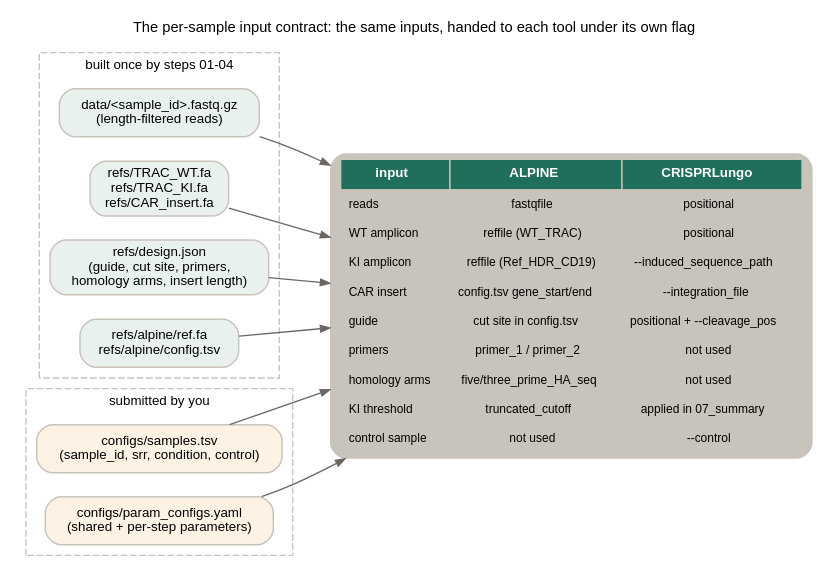
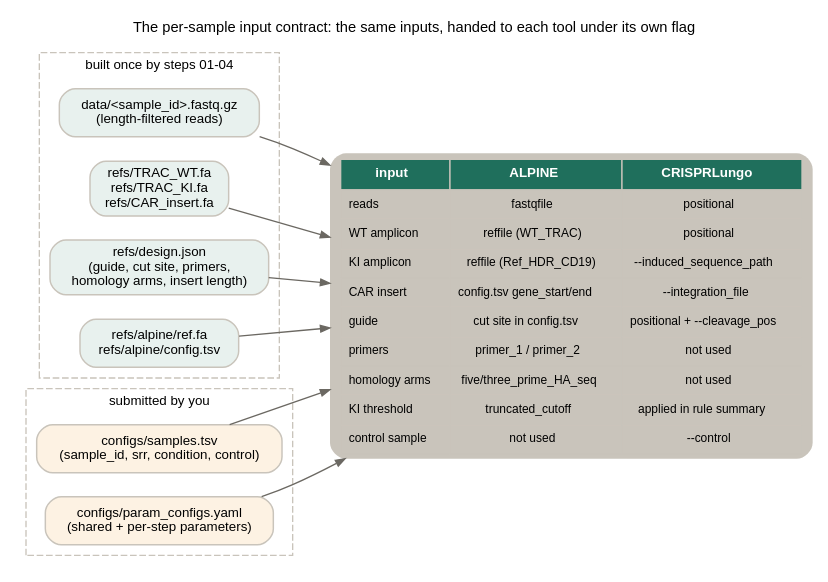
Before and after one commit to ssenci97/ONT-CRISPR-knock-in: the diagram in docs/diagrams/01_inputs.dot, drawn with Graphviz. The commit also changed 52 other files, not shown here.

```diff
--- a/docs/diagrams/01_inputs.dot
+++ b/docs/diagrams/01_inputs.dot
@@ -1,37 +1,37 @@
 digraph inputs {
   graph [rankdir=LR, bgcolor="white", fontname="Helvetica", fontsize=11, labelloc=t,
          label="The per-sample input contract: the same inputs, handed to each tool under its own flag"];
   node [fontname="Helvetica", fontsize=10, shape=box, style="rounded,filled", color="#c9c4bb", penwidth=1.1];
   edge [color="#6b6862", arrowsize=0.7];
 
   subgraph cluster_made {
     label="built once by steps 01-04"; fontname="Helvetica"; fontsize=10; color="#c9c4bb"; style=dashed;
     fastq  [label="data/<sample_id>.fastq.gz\n(length-filtered reads)", fillcolor="#e8f1ee"];
     refs   [label="refs/TRAC_WT.fa\nrefs/TRAC_KI.fa\nrefs/CAR_insert.fa", fillcolor="#e8f1ee"];
     design [label="refs/design.json\n(guide, cut site, primers,\nhomology arms, insert length)", fillcolor="#e8f1ee"];
     alpcfg [label="refs/alpine/ref.fa\nrefs/alpine/config.tsv", fillcolor="#e8f1ee"];
   }
   subgraph cluster_user {
     label="submitted by you"; fontname="Helvetica"; fontsize=10; color="#c9c4bb"; style=dashed;
     sheet [label="configs/samples.tsv\n(sample_id, srr, condition, control)", fillcolor="#fdf2e3"];
     yaml  [label="configs/param_configs.yaml\n(shared + per-step parameters)", fillcolor="#fdf2e3"];
   }
 
   table [shape=plaintext, label=<
     <TABLE BORDER="0" CELLBORDER="1" CELLSPACING="0" CELLPADDING="5">
       <TR><TD BGCOLOR="#1f6f5c"><FONT COLOR="white" POINT-SIZE="10"><B>input</B></FONT></TD>
           <TD BGCOLOR="#1f6f5c"><FONT COLOR="white" POINT-SIZE="10"><B>ALPINE</B></FONT></TD>
           <TD BGCOLOR="#1f6f5c"><FONT COLOR="white" POINT-SIZE="10"><B>CRISPRLungo</B></FONT></TD></TR>
       <TR><TD ALIGN="LEFT"><FONT POINT-SIZE="9">reads</FONT></TD><TD><FONT POINT-SIZE="9">fastqfile</FONT></TD><TD><FONT POINT-SIZE="9">positional</FONT></TD></TR>
       <TR><TD ALIGN="LEFT"><FONT POINT-SIZE="9">WT amplicon</FONT></TD><TD><FONT POINT-SIZE="9">reffile (WT_TRAC)</FONT></TD><TD><FONT POINT-SIZE="9">positional</FONT></TD></TR>
       <TR><TD ALIGN="LEFT"><FONT POINT-SIZE="9">KI amplicon</FONT></TD><TD><FONT POINT-SIZE="9">reffile (Ref_HDR_CD19)</FONT></TD><TD><FONT POINT-SIZE="9">--induced_sequence_path</FONT></TD></TR>
       <TR><TD ALIGN="LEFT"><FONT POINT-SIZE="9">CAR insert</FONT></TD><TD><FONT POINT-SIZE="9">config.tsv gene_start/end</FONT></TD><TD><FONT POINT-SIZE="9">--integration_file</FONT></TD></TR>
       <TR><TD ALIGN="LEFT"><FONT POINT-SIZE="9">guide</FONT></TD><TD><FONT POINT-SIZE="9">cut site in config.tsv</FONT></TD><TD><FONT POINT-SIZE="9">positional + --cleavage_pos</FONT></TD></TR>
       <TR><TD ALIGN="LEFT"><FONT POINT-SIZE="9">primers</FONT></TD><TD><FONT POINT-SIZE="9">primer_1 / primer_2</FONT></TD><TD><FONT POINT-SIZE="9">not used</FONT></TD></TR>
       <TR><TD ALIGN="LEFT"><FONT POINT-SIZE="9">homology arms</FONT></TD><TD><FONT POINT-SIZE="9">five/three_prime_HA_seq</FONT></TD><TD><FONT POINT-SIZE="9">not used</FONT></TD></TR>
-      <TR><TD ALIGN="LEFT"><FONT POINT-SIZE="9">KI threshold</FONT></TD><TD><FONT POINT-SIZE="9">truncated_cutoff</FONT></TD><TD><FONT POINT-SIZE="9">applied in 07_summary</FONT></TD></TR>
+      <TR><TD ALIGN="LEFT"><FONT POINT-SIZE="9">KI threshold</FONT></TD><TD><FONT POINT-SIZE="9">truncated_cutoff</FONT></TD><TD><FONT POINT-SIZE="9">applied in rule summary</FONT></TD></TR>
       <TR><TD ALIGN="LEFT"><FONT POINT-SIZE="9">control sample</FONT></TD><TD><FONT POINT-SIZE="9">not used</FONT></TD><TD><FONT POINT-SIZE="9">--control</FONT></TD></TR>
     </TABLE>>];
 
   fastq -> table; refs -> table; design -> table; alpcfg -> table; sheet -> table; yaml -> table;
 }
```
